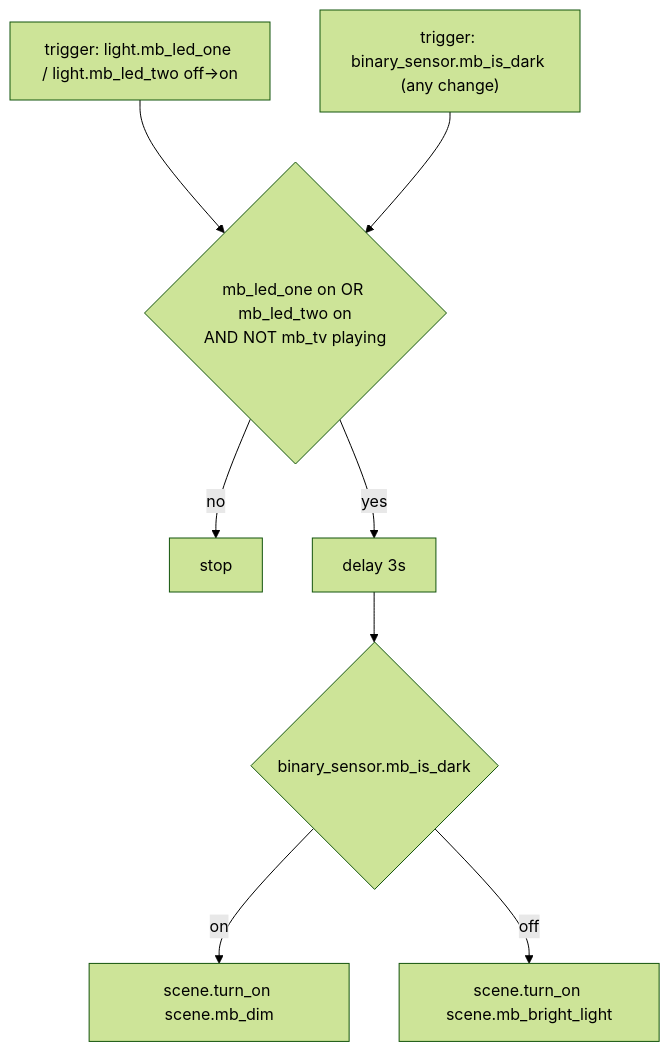
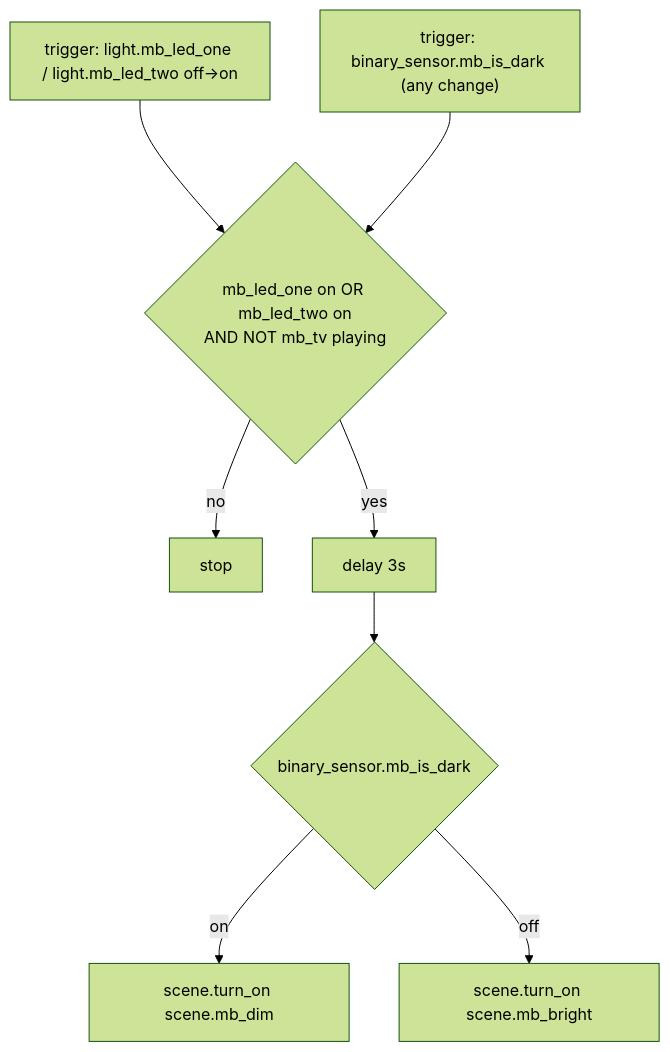
The first of 2 diagrams in docs/automations/master_bedroom.md (nerami/terminus-config), drawn with Mermaid (forest theme) before and after one commit. The commit also changed 12 other files, not shown here.

````diff
--- a/docs/automations/master_bedroom.md
+++ b/docs/automations/master_bedroom.md
@@ -15,13 +15,13 @@
 ```mermaid
 flowchart TD
     T1["trigger: light.mb_led_one / light.mb_led_two off→on"]
     T2["trigger: binary_sensor.mb_is_dark (any change)"]
     T1 --> C
     T2 --> C
     C{"mb_led_one on OR mb_led_two on\nAND NOT mb_tv playing"}
     C -- no --> X["stop"]
     C -- yes --> D["delay 3s"]
     D --> S{"binary_sensor.mb_is_dark"}
     S -- on --> DIM["scene.turn_on scene.mb_dim"]
-    S -- off --> DAY["scene.turn_on scene.mb_bright_light"]
+    S -- off --> DAY["scene.turn_on scene.mb_bright"]
 ```
````
